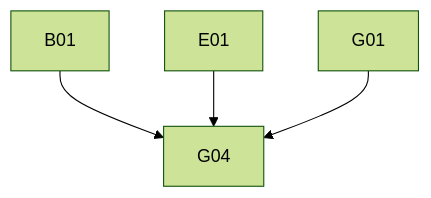
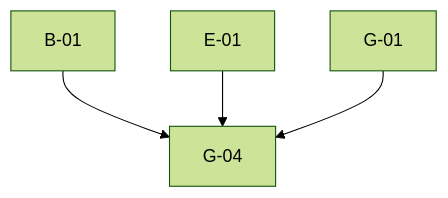
One commit to SarithaMathai/migration changed the diagram in output/initial-analysis/productDetails/04-stories.md. Above: the diagram before and after it, drawn with Mermaid (forest theme). The commit also changed other lines of this file and 151 other files, not shown here.

````diff
--- a/output/initial-analysis/productDetails/04-stories.md
+++ b/output/initial-analysis/productDetails/04-stories.md
@@ -26,4 +26,4 @@
 ```mermaid
 graph TD
-  B01 & E01 & G01 --> G04
+  B01["B-01"] & E01["E-01"] & G01["G-01"] --> G04["G-04"]
 ```
````
